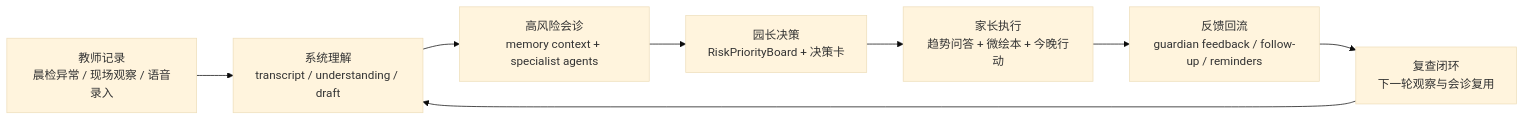
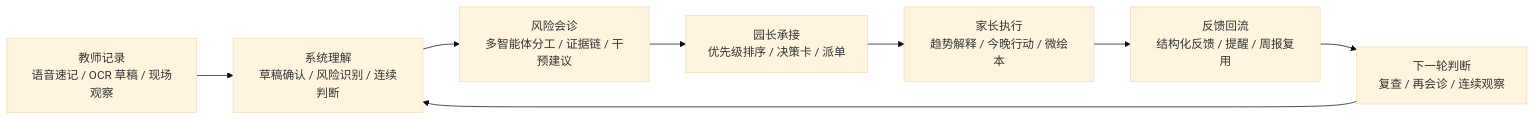
One commit to VictorMaxWang/smartchildcare-agent changed the second of 6 diagrams in README.md. Above: the diagram before and after it, drawn with Mermaid (base theme). The commit also changed other lines of this file and 66 other files, not shown here.

````diff
--- a/README.md
+++ b/README.md
@@ -140,12 +81,12 @@
 ```mermaid
 flowchart LR
-  R1["教师记录<br/>晨检异常 / 现场观察 / 语音录入"]
-  R2["系统理解<br/>transcript / understanding / draft"]
-  R3["高风险会诊<br/>memory context + specialist agents"]
-  R4["园长决策<br/>RiskPriorityBoard + 决策卡"]
-  R5["家长执行<br/>趋势问答 + 微绘本 + 今晚行动"]
-  R6["反馈回流<br/>guardian feedback / follow-up / reminders"]
-  R7["复查闭环<br/>下一轮观察与会诊复用"]
+  R1["教师记录<br/>语音速记 / OCR 草稿 / 现场观察"]
+  R2["系统理解<br/>草稿确认 / 风险识别 / 连续判断"]
+  R3["风险会诊<br/>多智能体分工 / 证据链 / 干预建议"]
+  R4["园长承接<br/>优先级排序 / 决策卡 / 派单"]
+  R5["家长执行<br/>趋势解释 / 今晚行动 / 微绘本"]
+  R6["反馈回流<br/>结构化反馈 / 提醒 / 周报复用"]
+  R7["下一轮判断<br/>复查 / 再会诊 / 连续观察"]
 
   R1 --> R2 --> R3 --> R4 --> R5 --> R6 --> R7 --> R2
 ```
````
